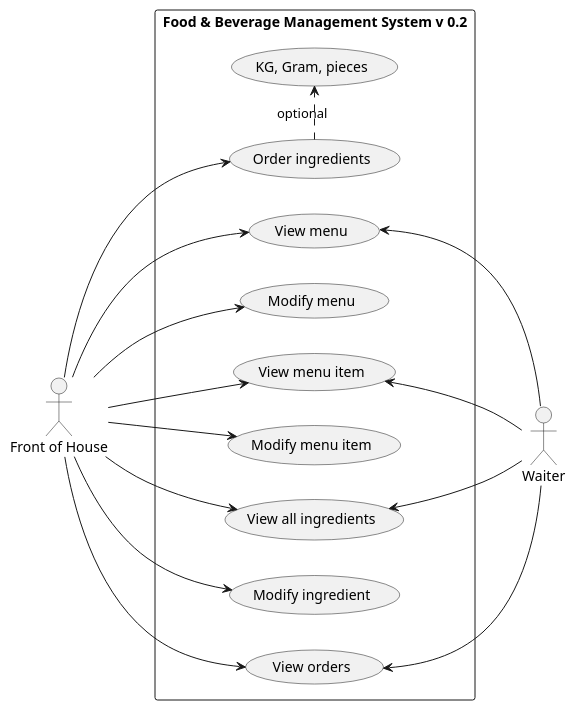
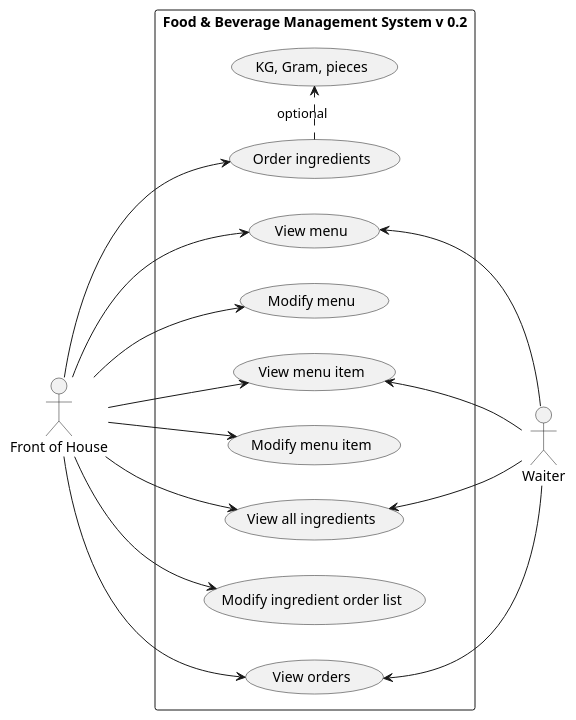
Before and after one commit to mrjink/molveno: the diagram in src/main/docs/uml/use-case/restaurant/bar.puml, drawn with PlantUML. The commit also changed 1 other file, not shown here.

Commit message:
changed Modify ingredient to modify ingredient order list

```diff
--- a/src/main/docs/uml/use-case/restaurant/bar.puml
+++ b/src/main/docs/uml/use-case/restaurant/bar.puml
@@ -1,38 +1,38 @@
 @startuml
 
 left to right direction
 
 actor "Front of House" as FoH
 actor Waiter
 
 rectangle "Food & Beverage Management System v 0.2" {
     (View menu) as (MenuView)
     (Modify menu) as (MenuUpdate)
 
     (View menu item) as (MenuItemView)
     (Modify menu item) as (MenuItemUpdate)
 
     (View all ingredients) as (IngredientAll)
-    (Modify ingredient) as (IngredientUpdate)
+    (Modify ingredient order list) as (IngredientUpdate)
     (Order ingredients) as (IngredientOrder)
     (View orders) as (BarOrderView)
     (KG, Gram, pieces) as (IngredientQuantity)
     (IngredientOrder) .> (IngredientQuantity) : optional
 
     FoH --> (MenuView)
     FoH --> (MenuUpdate)
     FoH --> (MenuItemView)
     FoH --> (MenuItemUpdate)
 
     FoH --> (IngredientAll)
     FoH --> (IngredientUpdate)
     FoH --> (IngredientOrder)
     FoH --> (BarOrderView)
 
     (MenuView) <-- Waiter
     (MenuItemView) <-- Waiter
     (IngredientAll) <-- Waiter
     (BarOrderView) <-- Waiter
 }
 
 @enduml
```
